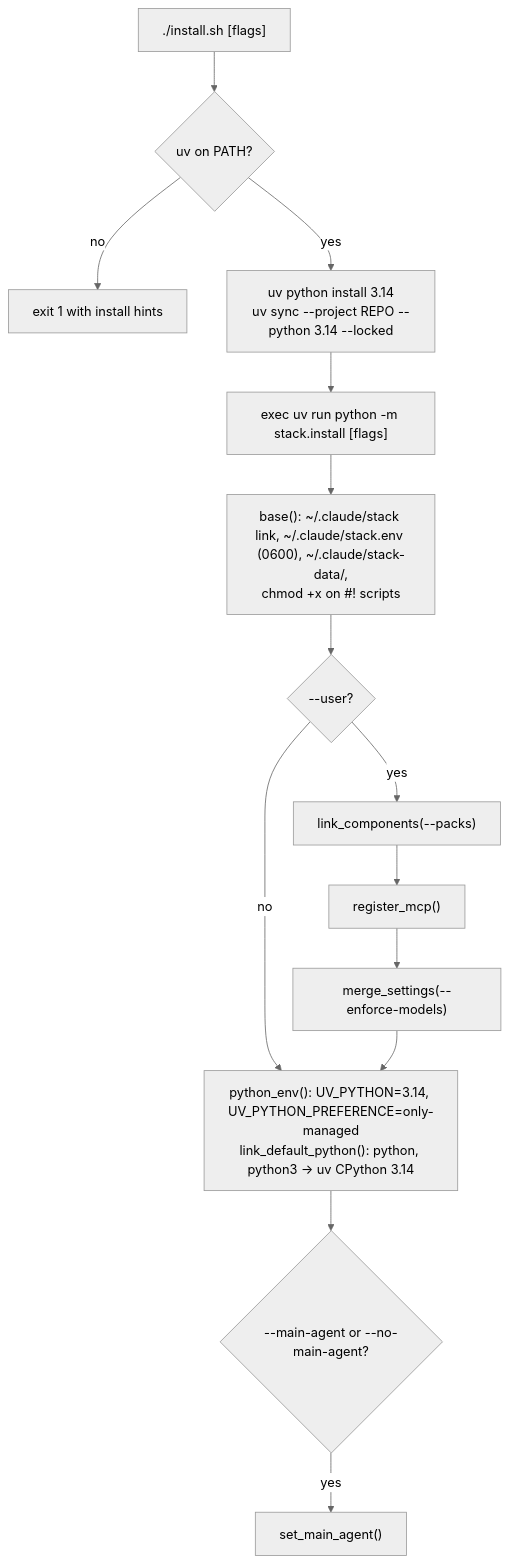
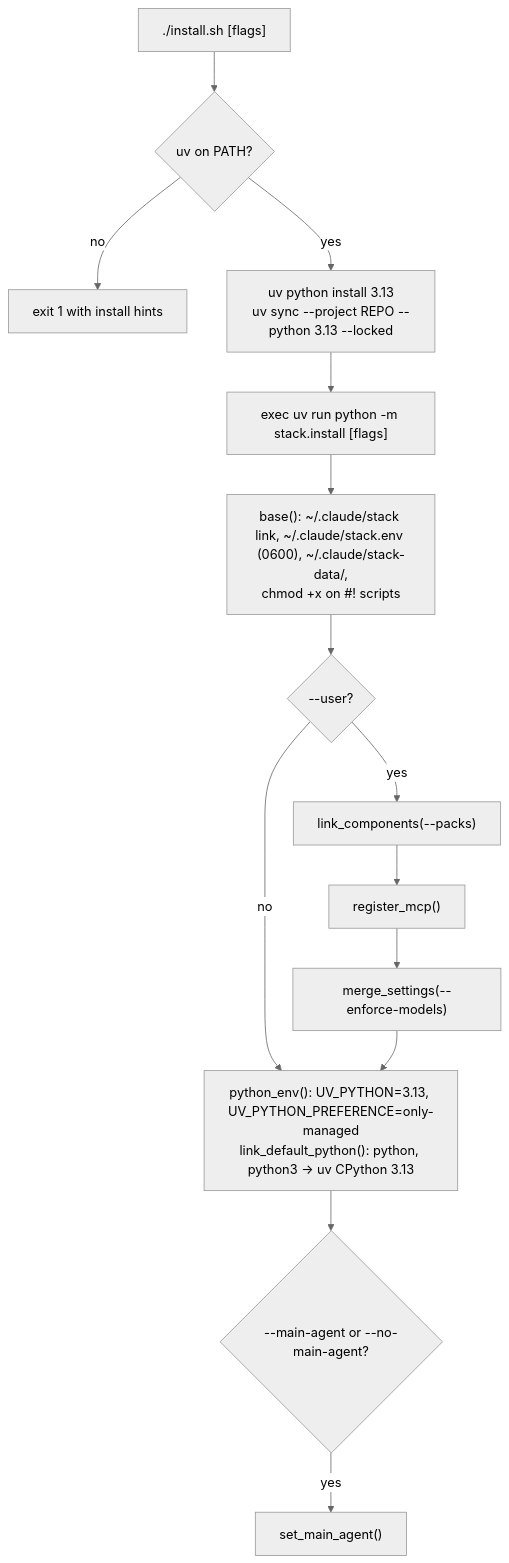
The diagram in docs/reference/installation.md (rustcircle/c101), drawn with Mermaid (neutral theme) before and after one commit. The commit also changed other lines of this file and 61 other files, not shown here.

First line of the commit message:
Switch the stack's interpreter from CPython 3.14 to 3.13 (uv-managed only)

````diff
--- a/docs/reference/installation.md
+++ b/docs/reference/installation.md
@@ -38,14 +38,14 @@
 ```mermaid
 flowchart TD
     A["./install.sh [flags]"] --> B{"uv on PATH?"}
     B -- no --> X["exit 1 with install hints"]
-    B -- yes --> C["uv python install 3.14<br/>uv sync --project REPO --python 3.14 --locked"]
+    B -- yes --> C["uv python install 3.13<br/>uv sync --project REPO --python 3.13 --locked"]
     C --> D["exec uv run python -m stack.install [flags]"]
     D --> E["base(): ~/.claude/stack link, ~/.claude/stack.env (0600), ~/.claude/stack-data/,<br/>chmod +x on #! scripts"]
     E --> F{"--user?"}
     F -- yes --> G["link_components(--packs)"] --> H["register_mcp()"] --> I["merge_settings(--enforce-models)"]
-    F -- no --> P["python_env(): UV_PYTHON=3.14, UV_PYTHON_PREFERENCE=only-managed<br/>link_default_python(): python, python3 -> uv CPython 3.14"]
+    F -- no --> P["python_env(): UV_PYTHON=3.13, UV_PYTHON_PREFERENCE=only-managed<br/>link_default_python(): python, python3 -> uv CPython 3.13"]
     I --> P
     P --> J{"--main-agent or --no-main-agent?"}
     J -- yes --> K["set_main_agent()"]
 ```
````
